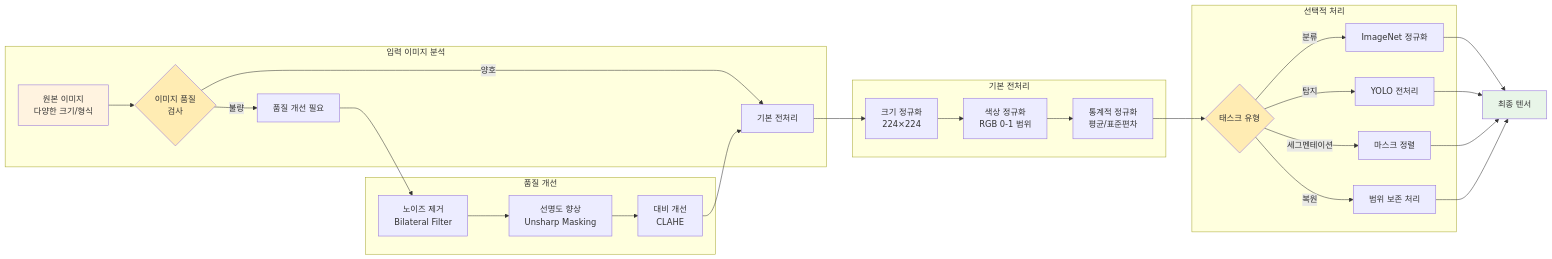
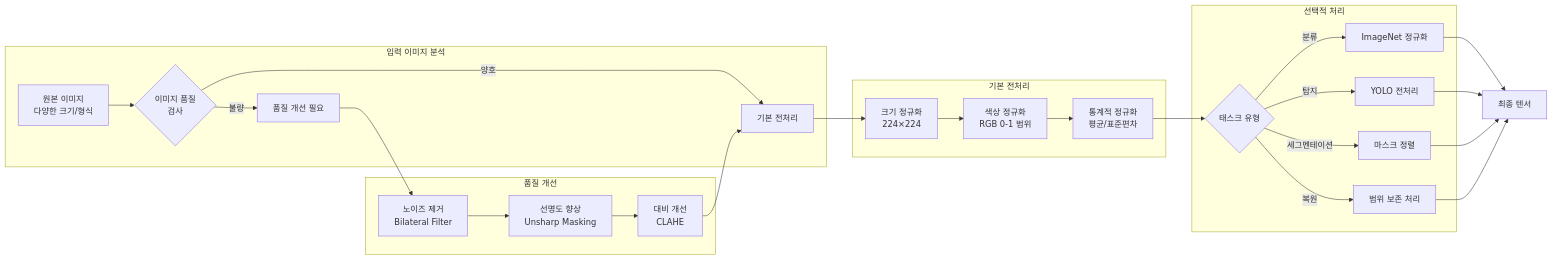
One commit to c0z0c/sprint_mission changed the fifth of 7 diagrams in 스터디/이미지와_컴퓨터미전_학습자료.md. Above: the diagram before and after it, drawn with Mermaid. The commit also changed other lines of this file and 1 other file, not shown here.

Commit message:
mermaid 오류 수정

````diff
--- a/스터디/이미지와_컴퓨터미전_학습자료.md
+++ b/스터디/이미지와_컴퓨터미전_학습자료.md
@@ -1802,39 +1785,34 @@
 ```mermaid
 flowchart LR
     subgraph "입력 이미지 분석"
         A[원본 이미지<br/>다양한 크기/형식] --> B{이미지 품질<br/>검사}
         B -->|양호| C[기본 전처리]
         B -->|불량| D[품질 개선 필요]
     end
     
     subgraph "품질 개선"
         D --> D1[노이즈 제거<br/>Bilateral Filter]
         D1 --> D2[선명도 향상<br/>Unsharp Masking]
         D2 --> D3[대비 개선<br/>CLAHE]
         D3 --> C
     end
     
     subgraph "기본 전처리"
         C --> C1[크기 정규화<br/>224×224]
         C1 --> C2[색상 정규화<br/>RGB 0-1 범위]
         C2 --> C3[통계적 정규화<br/>평균/표준편차]
     end
     
     subgraph "선택적 처리"
         C3 --> E{태스크 유형}
         E -->|분류| E1[ImageNet 정규화]
         E -->|탐지| E2[YOLO 전처리]
         E -->|세그멘테이션| E3[마스크 정렬]
         E -->|복원| E4[범위 보존 처리]
     end
     
     E1 --> F[최종 텐서]
     E2 --> F
     E3 --> F
     E4 --> F
-    
-    style A fill:#fff3e0
-    style F fill:#e8f5e8
-    style B fill:#ffecb3
-    style E fill:#ffecb3
 ```
````
